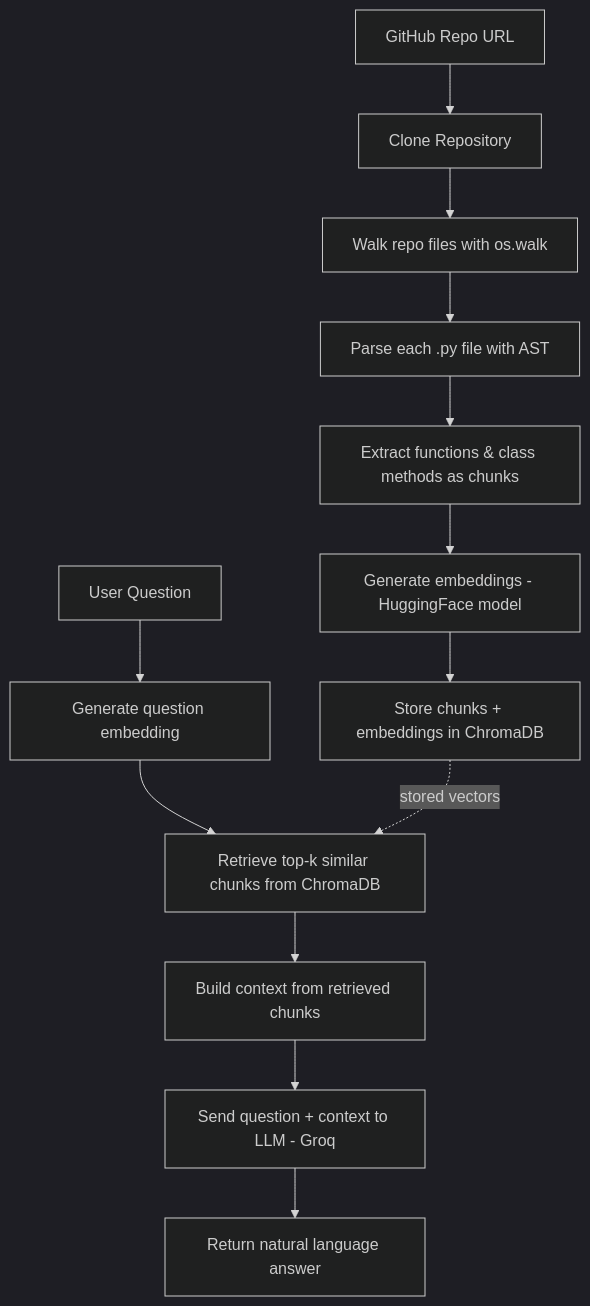
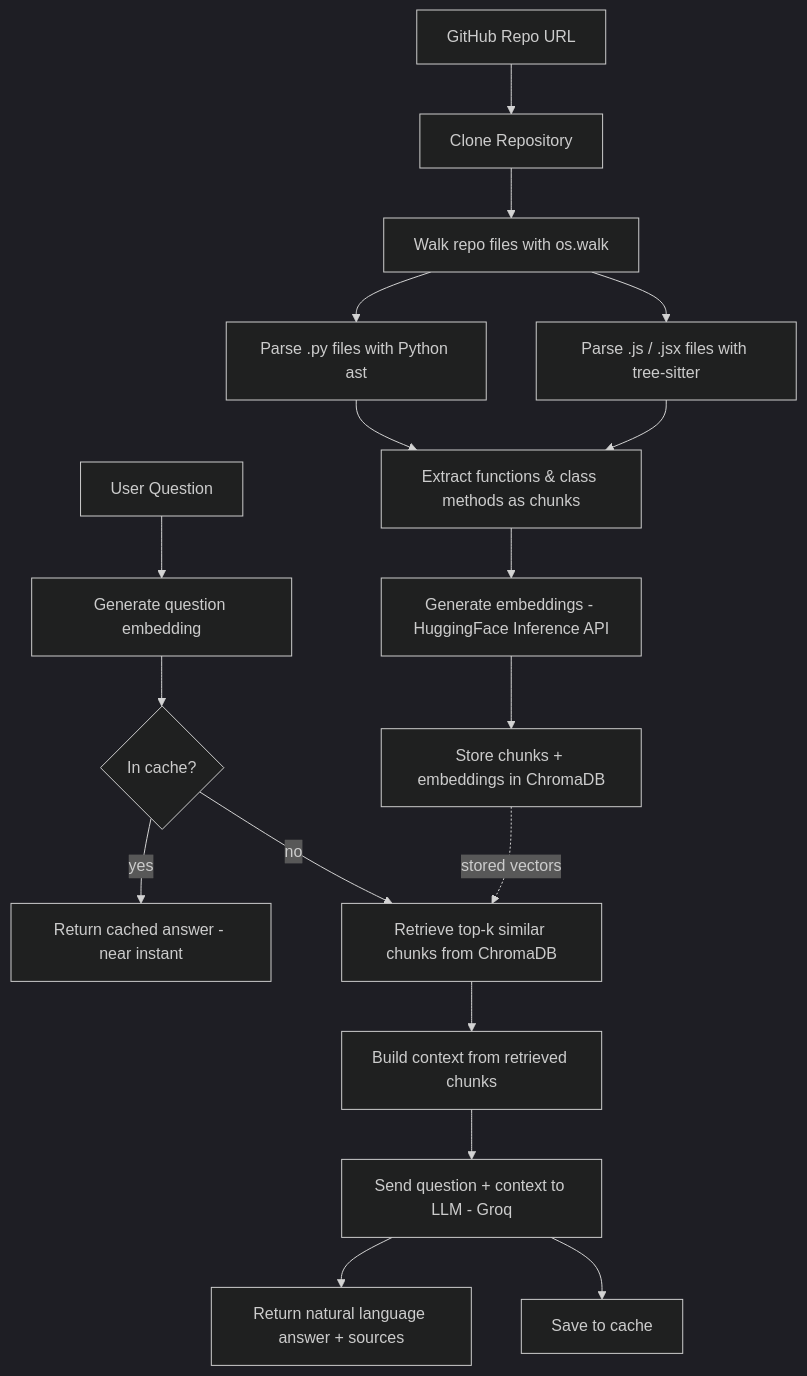
Before and after one commit to arunk-web/RepoMind---Intelligent-repository-navigation-using-RAG: the diagram in README.md, drawn with Mermaid (dark theme). The commit also changed other lines of this file, not shown here.

````diff
--- a/README.md
+++ b/README.md
@@ -13,17 +15,22 @@
 ```mermaid
 flowchart TD
     A[GitHub Repo URL] --> B[Clone Repository]
     B --> C[Walk repo files with os.walk]
-    C --> D[Parse each .py file with AST]
-    D --> E[Extract functions & class methods as chunks]
-    E --> F[Generate embeddings - HuggingFace model]
+    C --> D1[Parse .py files with Python ast]
+    C --> D2[Parse .js / .jsx files with tree-sitter]
+    D1 --> E[Extract functions & class methods as chunks]
+    D2 --> E
+    E --> F[Generate embeddings - HuggingFace Inference API]
     F --> G[Store chunks + embeddings in ChromaDB]
 
     H[User Question] --> I[Generate question embedding]
-    I --> J[Retrieve top-k similar chunks from ChromaDB]
+    I --> Cache{In cache?}
+    Cache -- yes --> M[Return cached answer - near instant]
+    Cache -- no --> J[Retrieve top-k similar chunks from ChromaDB]
     J --> K[Build context from retrieved chunks]
     K --> L[Send question + context to LLM - Groq]
-    L --> M[Return natural language answer]
+    L --> M2[Return natural language answer + sources]
+    L --> Store[Save to cache]
 
     G -.stored vectors.-> J
 ```
````
